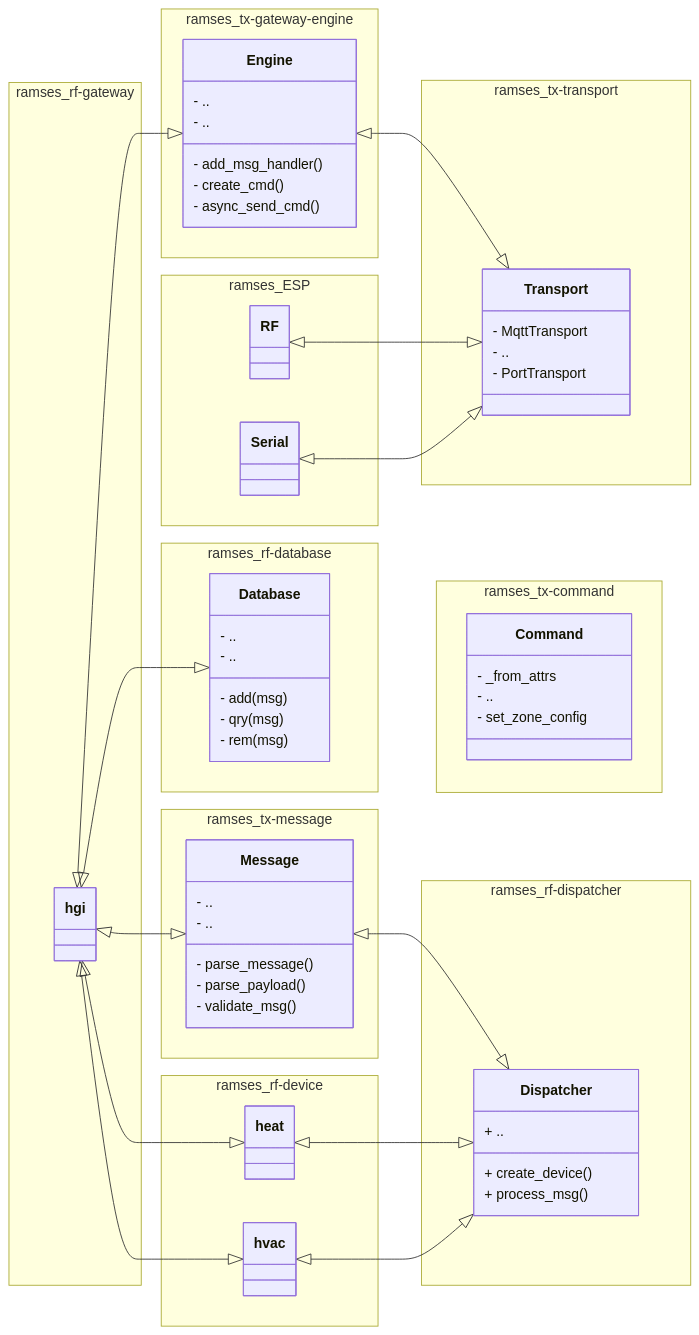
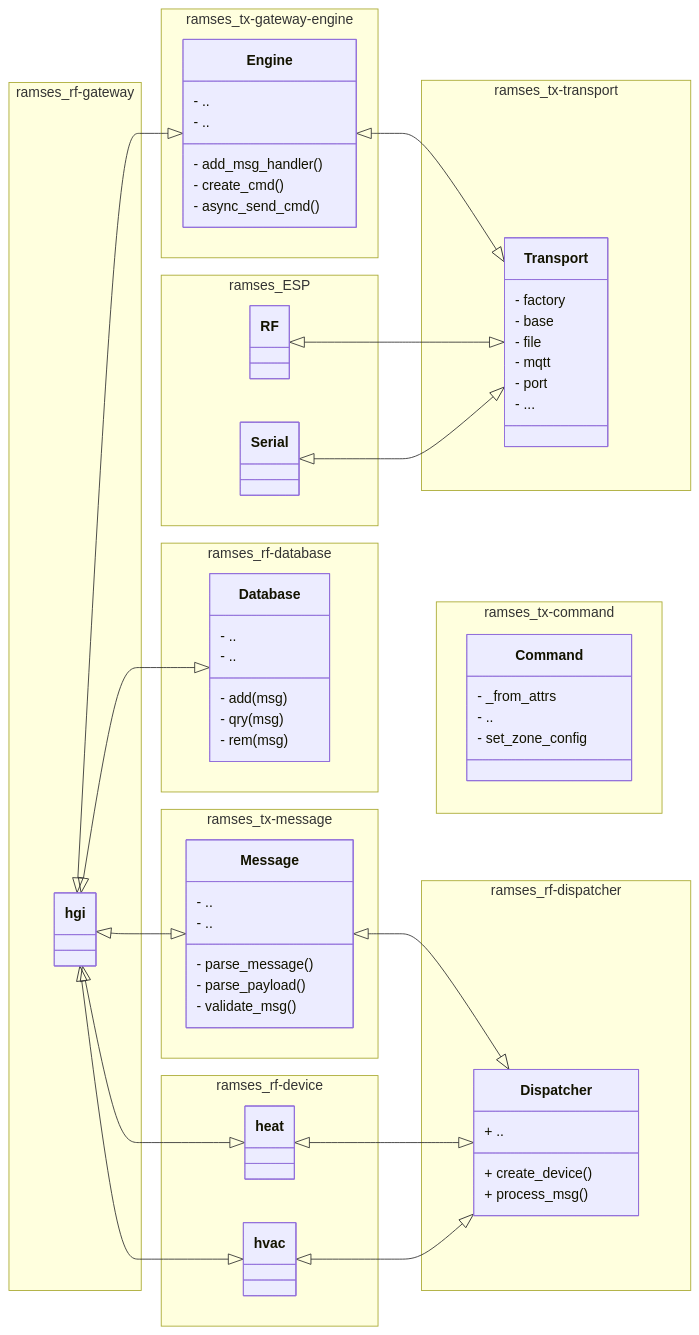
One commit to silverailscolo/ramses_rf changed the diagram in docs/source/modules.rst. Above: the diagram before and after it, drawn with Mermaid. The commit also changed 4 other files, not shown here.

```diff
--- a/docs/source/modules.rst
+++ b/docs/source/modules.rst
@@ -56,9 +56,12 @@
         }
         namespace ramses_tx-transport{
             class Transport {
-                - MqttTransport
-                - ..
-                - PortTransport
+                - factory
+                - base
+                - file
+                - mqtt
+                - port
+                - ...
             }
         }
         namespace ramses_ESP{
@@ -78,7 +81,7 @@
         Dispatcher <|--|> heat
         Dispatcher <|--|> Message
 
-        click Transport href "ramses_tx.html#module-ramses_tx.transport" "docs"
+        click Transport href "ramses_tx.transport.html" "docs"
         click Engine href "ramses_tx.html#module-ramses_tx.gateway" "docs"
         click hgi href "ramses_rf.html#module-ramses_rf.gateway" "docs"
         click Database href "ramses_rf.html#module-ramses_rf.database" "docs"
```
